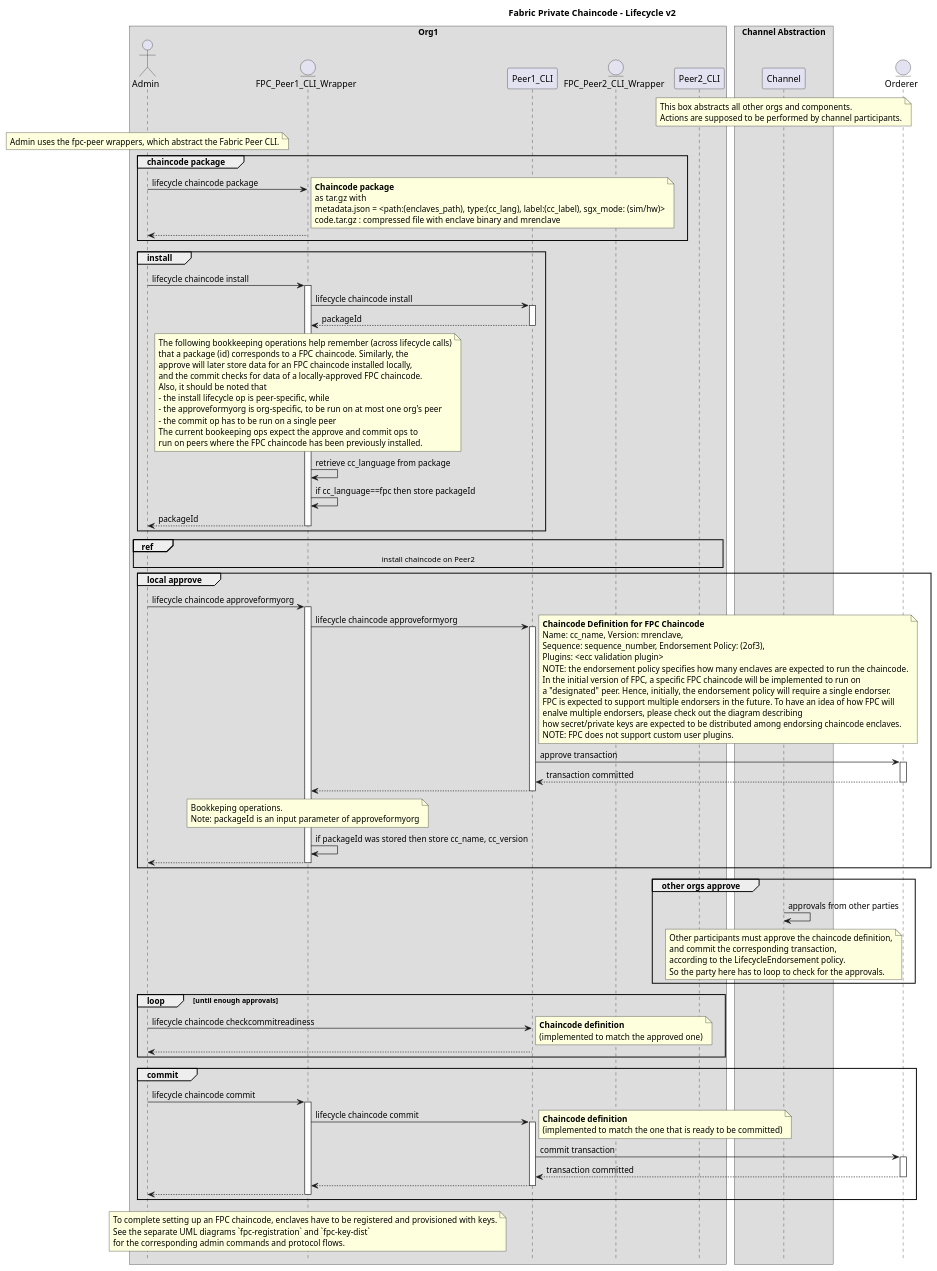
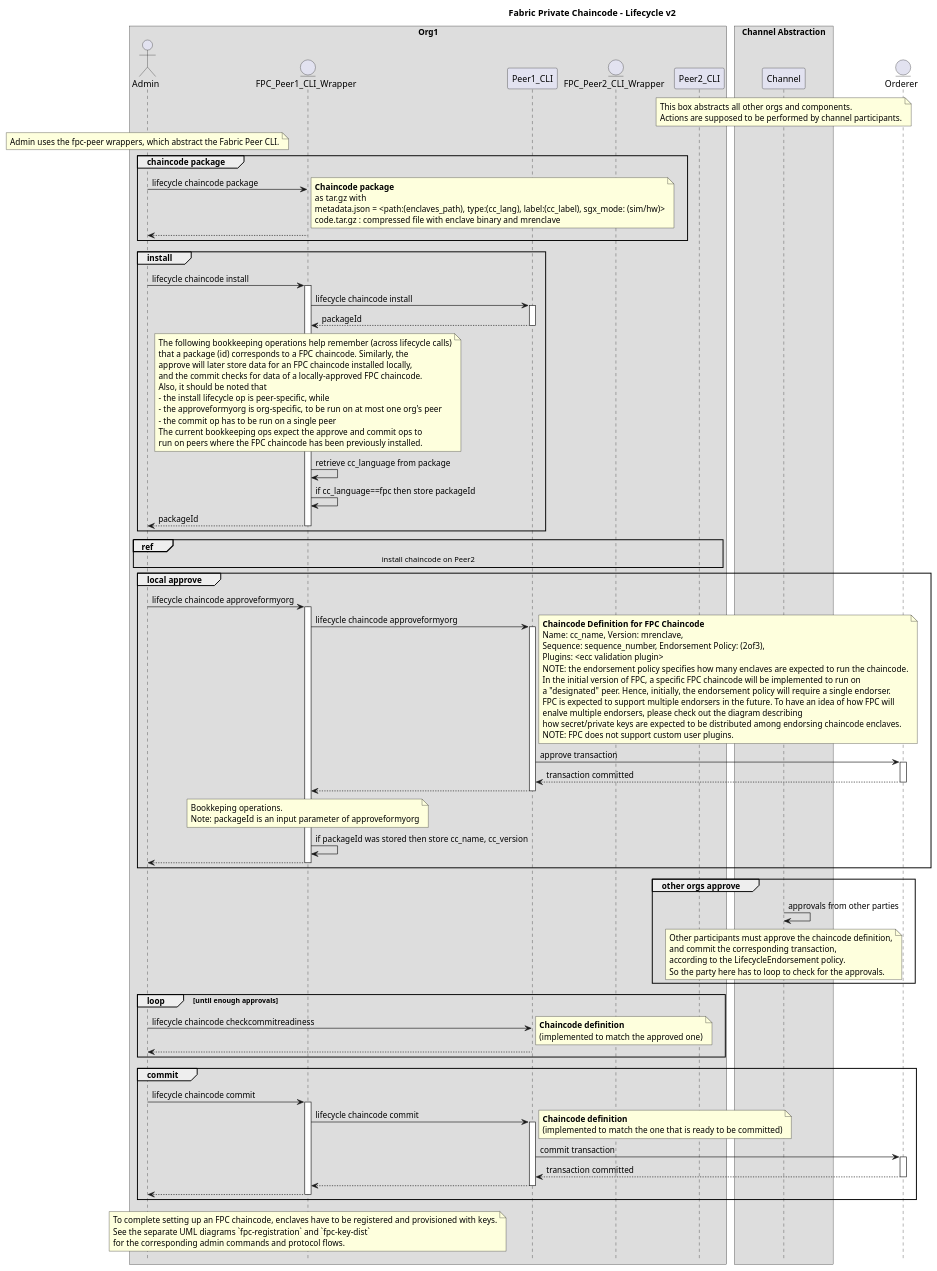
One commit to hyperledger/fabric-private-chaincode changed the diagram in docs/design/fabric-v2+/fpc-lifecycle-v2.puml. Above: the diagram before and after it, drawn with PlantUML.

```diff
--- a/docs/design/fabric-v2+/fpc-lifecycle-v2.puml
+++ b/docs/design/fabric-v2+/fpc-lifecycle-v2.puml
@@ -8,132 +8,132 @@
 @startuml
 
 !pragma teoz true
 
 hide footbox
 title Foot Box removed
 
 title Fabric Private Chaincode - Lifecycle v2
 
 box "Org1"
 actor	Admin order 10
 entity "FPC_Peer1_CLI_Wrapper" as FPC_Peer1_CLI_Wrapper order 15
 participant Peer1_CLI order 20
 entity "FPC_Peer2_CLI_Wrapper" as FPC_Peer2_CLI_Wrapper order 30
 participant Peer2_CLI order 40
 end box
 
 box "Channel Abstraction"
 participant Channel order 70
 note over Channel
     This box abstracts all other orgs and components.
     Actions are supposed to be performed by channel participants.
 end note
 end box
 
 entity Orderer order 80
 
 note over Admin
     Admin uses the fpc-peer wrappers, which abstract the Fabric Peer CLI.
 end note
 
 group chaincode package
 Admin -> FPC_Peer1_CLI_Wrapper : lifecycle chaincode package
 note right
     **Chaincode package**
     as tar.gz with
     metadata.json = <path:(enclaves_path), type:(cc_lang), label:(cc_label), sgx_mode: (sim/hw)>
     code.tar.gz : compressed file with enclave binary and mrenclave
 end note
 return
 end /' group chaincode package '/
 
 group install
 Admin -> FPC_Peer1_CLI_Wrapper ++: lifecycle chaincode install
 FPC_Peer1_CLI_Wrapper -> Peer1_CLI ++: lifecycle chaincode install
 return packageId
 note over FPC_Peer1_CLI_Wrapper
     The following bookkeeping operations help remember (across lifecycle calls)
     that a package (id) corresponds to a FPC chaincode. Similarly, the
     approve will later store data for an FPC chaincode installed locally,
     and the commit checks for data of a locally-approved FPC chaincode.
     Also, it should be noted that
     - the install lifecycle op is peer-specific, while
     - the approveformyorg is org-specific, to be run on at most one org's peer
     - the commit op has to be run on a single peer
-    The current bookeeping ops expect the approve and commit ops to
+    The current bookkeeping ops expect the approve and commit ops to
     run on peers where the FPC chaincode has been previously installed.
 end note
 FPC_Peer1_CLI_Wrapper -> FPC_Peer1_CLI_Wrapper : retrieve cc_language from package
 FPC_Peer1_CLI_Wrapper -> FPC_Peer1_CLI_Wrapper : if cc_language==fpc then store packageId
 return packageId /' Admin -> FPC_Peer1_CLI_Wrapper '/
 end /' group install '/
 
 ref over Admin, FPC_Peer2_CLI_Wrapper, Peer2_CLI
     install chaincode on Peer2
 end /' ref '/
 
 group local approve
 Admin -> FPC_Peer1_CLI_Wrapper ++: lifecycle chaincode approveformyorg
 FPC_Peer1_CLI_Wrapper -> Peer1_CLI ++: lifecycle chaincode approveformyorg
 note right
     **Chaincode Definition for FPC Chaincode**
     Name: cc_name, Version: mrenclave,
     Sequence: sequence_number, Endorsement Policy: (2of3),
     Plugins: <ecc validation plugin>
     NOTE: the endorsement policy specifies how many enclaves are expected to run the chaincode.
     In the initial version of FPC, a specific FPC chaincode will be implemented to run on
     a "designated" peer. Hence, initially, the endorsement policy will require a single endorser.
     FPC is expected to support multiple endorsers in the future. To have an idea of how FPC will
     enalve multiple endorsers, please check out the diagram describing
     how secret/private keys are expected to be distributed among endorsing chaincode enclaves.
     NOTE: FPC does not support custom user plugins.
 end note
 Peer1_CLI -> Orderer ++: approve transaction
 return transaction committed /' Peer1_CLI -> Orderer '/
 return /' FPC_Peer1_CLI_Wrapper -> Peer1_CLI '/
 note over FPC_Peer1_CLI_Wrapper
     Bookkeping operations.
     Note: packageId is an input parameter of approveformyorg
 end note
 FPC_Peer1_CLI_Wrapper -> FPC_Peer1_CLI_Wrapper : if packageId was stored then store cc_name, cc_version
 return /' Admin -> FPC_Peer1_CLI_Wrapper '/
 end /' group approve '/
 
 group other orgs approve
 Channel -> Channel : approvals from other parties
 note over Channel
     Other participants must approve the chaincode definition,
     and commit the corresponding transaction,
     according to the LifecycleEndorsement policy.
     So the party here has to loop to check for the approvals.
 end note
 end group 'other orgs approve'
 
 
 loop until enough approvals
 	Admin -> Peer1_CLI : lifecycle chaincode checkcommitreadiness
 note right
     **Chaincode definition**
     (implemented to match the approved one)
 end note
     return
 end
 
 group commit
 Admin -> FPC_Peer1_CLI_Wrapper ++:lifecycle chaincode commit
 FPC_Peer1_CLI_Wrapper -> Peer1_CLI ++: lifecycle chaincode commit
 note right
     **Chaincode definition**
     (implemented to match the one that is ready to be committed)
 end note
 Peer1_CLI -> Orderer ++: commit transaction
 return transaction committed /' Peer1_CLI -> Orderer '/
 return /' FPC_Peer1_CLI_Wrapper -> Peer1_CLI '/
 return /' Admin -> FPC_Peer1_CLI_Wrapper '/
 end /' group commit '/
 note over FPC_Peer1_CLI_Wrapper
     To complete setting up an FPC chaincode, enclaves have to be registered and provisioned with keys.
     See the separate UML diagrams `fpc-registration` and `fpc-key-dist`
     for the corresponding admin commands and protocol flows.
 end note
 @enduml
```
